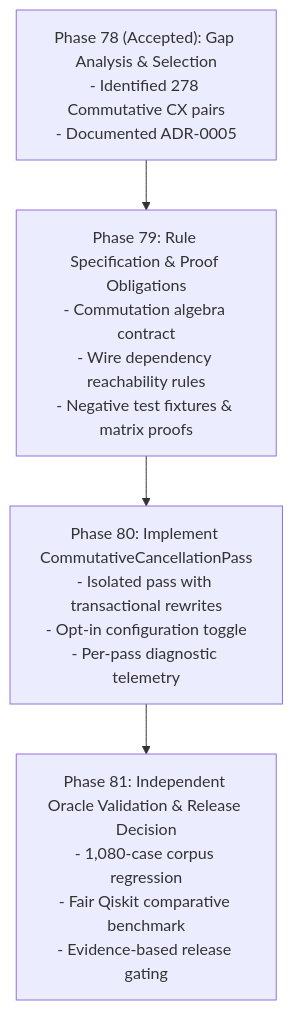
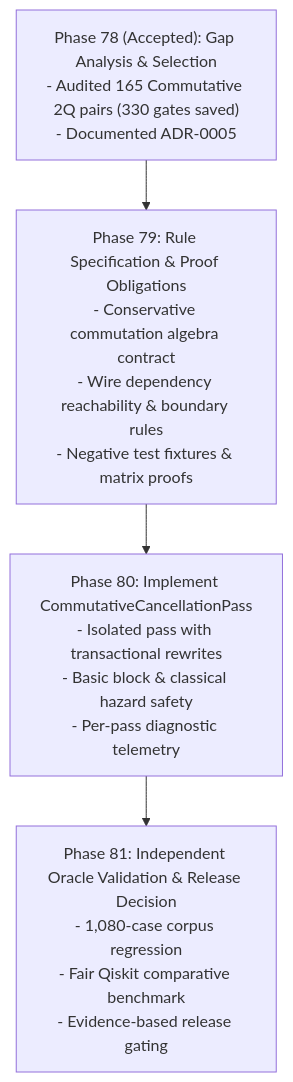
Before and after one commit to 000jitendra000/QCC_Quantum_Circuit_Compiler: the third of 3 diagrams in docs/research/optimizer-gap-analysis.md, drawn with Mermaid. The commit also changed other lines of this file and 4 other files, not shown here.

Commit message:
docs(optimizer): Phase 78 technical audit, commutation algebra contract, and evidence reconciliation

````diff
--- a/docs/research/optimizer-gap-analysis.md
+++ b/docs/research/optimizer-gap-analysis.md
@@ -234,9 +284,9 @@
 ```mermaid
 flowchart TD
-    P78["Phase 78 (Accepted): Gap Analysis & Selection\n- Identified 278 Commutative CX pairs\n- Documented ADR-0005"]
-    P79["Phase 79: Rule Specification & Proof Obligations\n- Commutation algebra contract\n- Wire dependency reachability rules\n- Negative test fixtures & matrix proofs"]
-    P80["Phase 80: Implement CommutativeCancellationPass\n- Isolated pass with transactional rewrites\n- Opt-in configuration toggle\n- Per-pass diagnostic telemetry"]
+    P78["Phase 78 (Accepted): Gap Analysis & Selection\n- Audited 165 Commutative 2Q pairs (330 gates saved)\n- Documented ADR-0005"]
+    P79["Phase 79: Rule Specification & Proof Obligations\n- Conservative commutation algebra contract\n- Wire dependency reachability & boundary rules\n- Negative test fixtures & matrix proofs"]
+    P80["Phase 80: Implement CommutativeCancellationPass\n- Isolated pass with transactional rewrites\n- Basic block & classical hazard safety\n- Per-pass diagnostic telemetry"]
     P81["Phase 81: Independent Oracle Validation & Release Decision\n- 1,080-case corpus regression\n- Fair Qiskit comparative benchmark\n- Evidence-based release gating"]
 
     P78 --> P79 --> P80 --> P81
 ```
````
